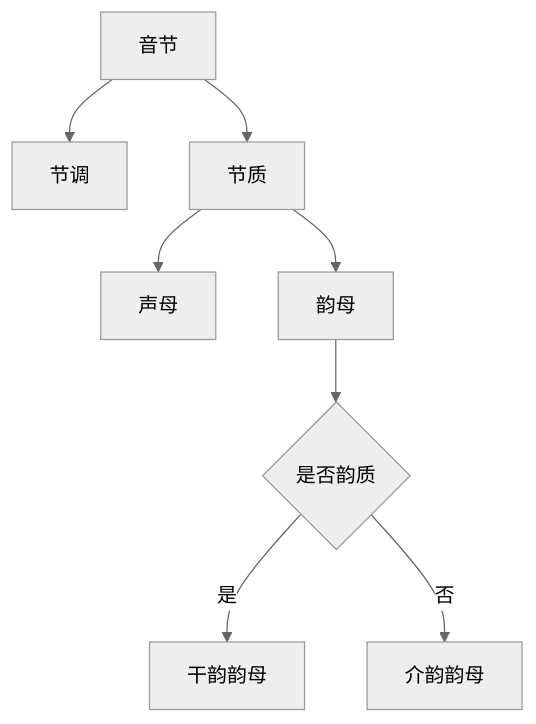
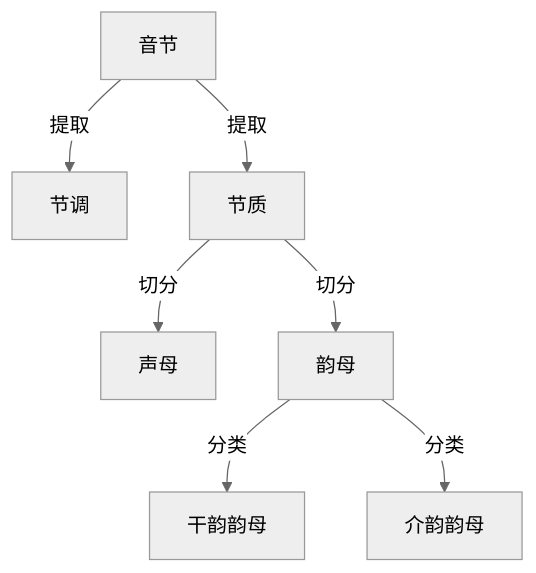
Before and after one commit to tsaanghwang/Yime-prototype: the diagram in YIME_Theory/flowchart/二式一调二质分析.mmd, drawn with Mermaid (neutral theme). The commit also changed 9 other files, not shown here.

```diff
--- a/YIME_Theory/flowchart/二式一调二质分析.mmd
+++ b/YIME_Theory/flowchart/二式一调二质分析.mmd
@@ -1,8 +1,7 @@
 graph TB
-    A[音节] --> B[节调]
-    A --> C[节质]
-    C --> D[声母]
-    C --> E[韵母]
-    E --> F{是否韵质}
-    F --> |是|G[干韵韵母]
-    F --> |否|H[介韵韵母]
+    A[音节] --> |提取|B[节调]
+    A --> |提取|C[节质]
+    C --> |切分|D[声母]
+    C --> |切分|E[韵母]
+    E --> |分类|F[干韵韵母]
+    E --> |分类|G[介韵韵母]
```
